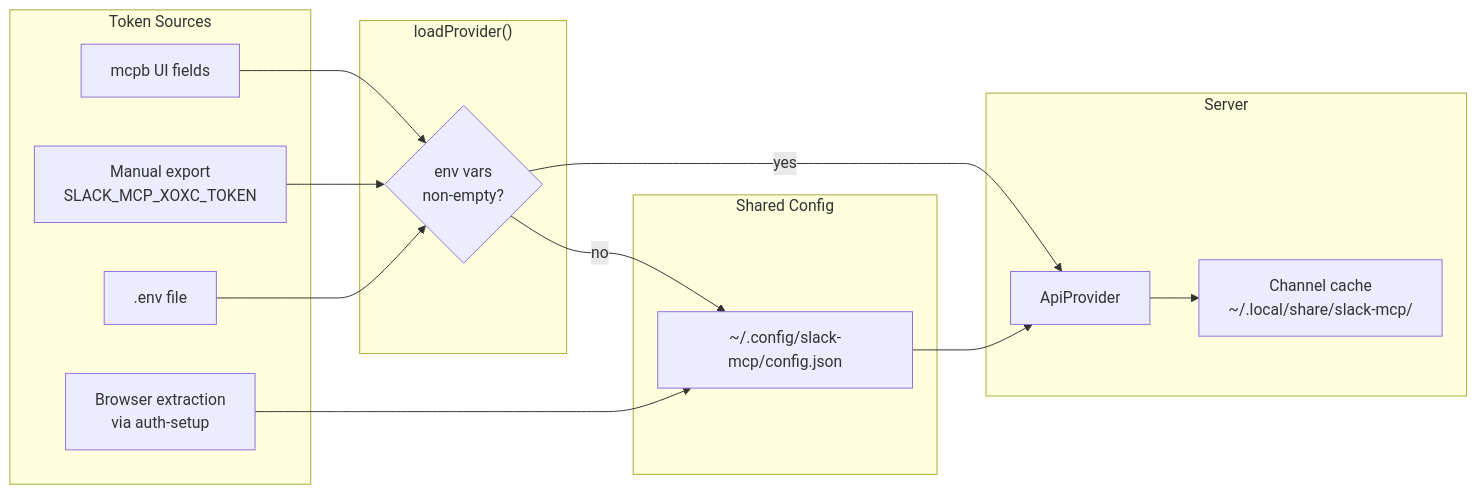
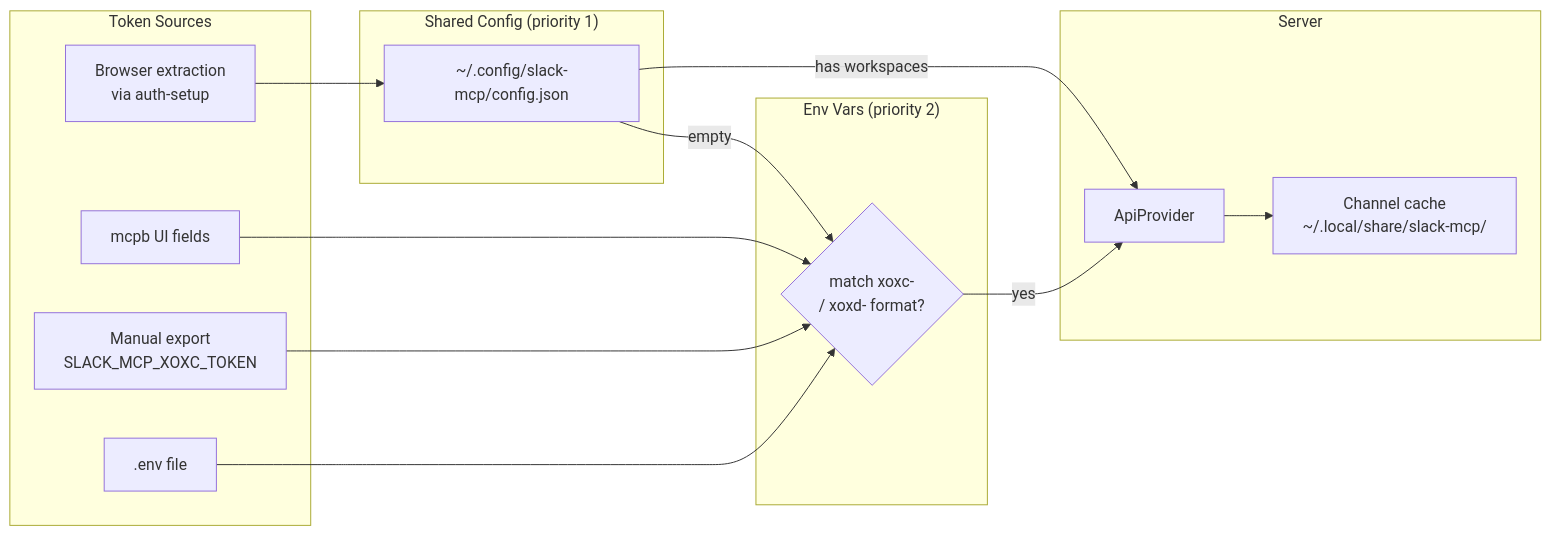
One commit to aaronsb/slack-mcp changed the fourth of 5 diagrams in docs/token-resolution.md. Above: the diagram before and after it, drawn with Mermaid. The commit also changed other lines of this file and 1 other file, not shown here.

First line of the commit message:
Config file takes priority over env vars in token resolution

````diff
--- a/docs/token-resolution.md
+++ b/docs/token-resolution.md
@@ -100,34 +100,34 @@
 ```mermaid
 flowchart LR
     subgraph Input["Token Sources"]
         MCPB[mcpb UI fields]
         Manual[Manual export<br>SLACK_MCP_XOXC_TOKEN]
         DotEnv[.env file]
         Browser[Browser extraction<br>via auth-setup]
     end
 
-    subgraph Resolution["loadProvider()"]
-        EnvCheck{env vars<br>non-empty?}
+    subgraph Storage["Shared Config (priority 1)"]
+        ConfigJSON[~/.config/slack-mcp/config.json]
     end
 
-    subgraph Storage["Shared Config"]
-        ConfigJSON[~/.config/slack-mcp/config.json]
+    subgraph Fallback["Env Vars (priority 2)"]
+        EnvCheck{match xoxc-<br>/ xoxd- format?}
     end
 
     subgraph Runtime["Server"]
         Provider[ApiProvider]
         Cache[Channel cache<br>~/.local/share/slack-mcp/]
     end
 
+    Browser --> ConfigJSON
+    ConfigJSON -->|has workspaces| Provider
+    ConfigJSON -->|empty| EnvCheck
+
     MCPB --> EnvCheck
     Manual --> EnvCheck
     DotEnv --> EnvCheck
 
     EnvCheck -->|yes| Provider
-    EnvCheck -->|no| ConfigJSON
-    ConfigJSON --> Provider
-
-    Browser --> ConfigJSON
 
     Provider --> Cache
 ```
````
